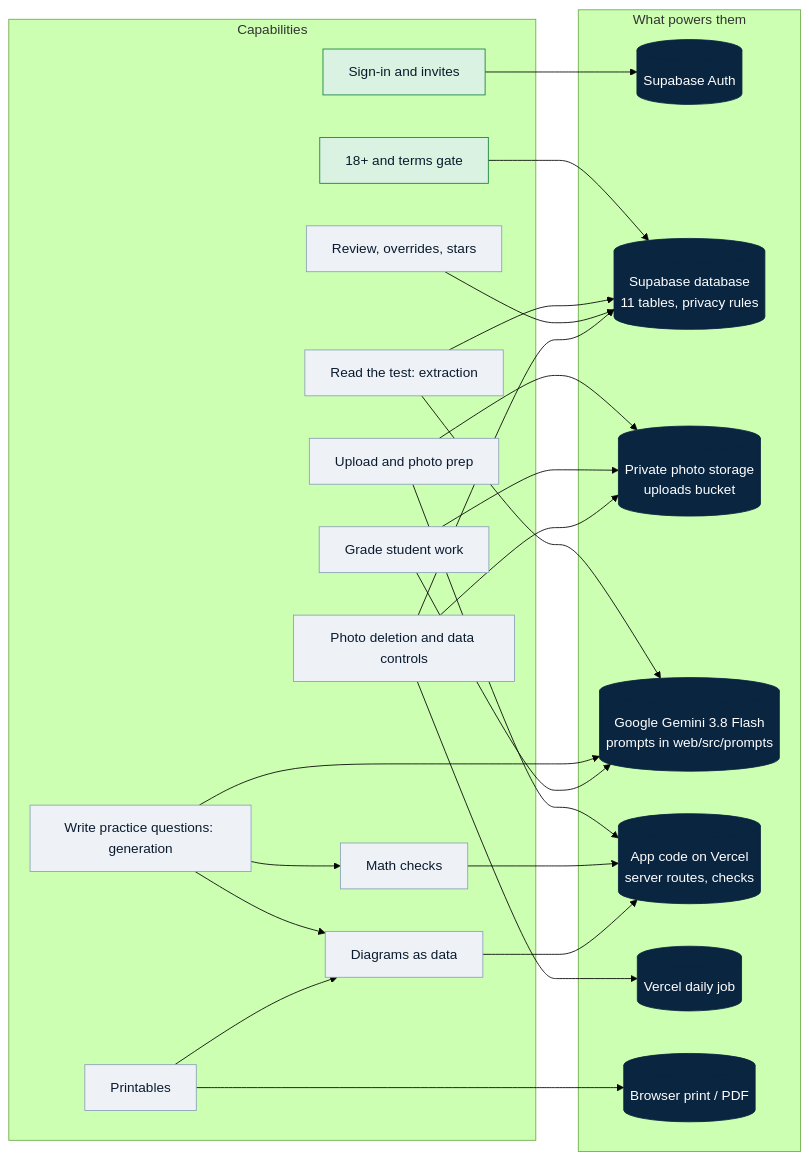
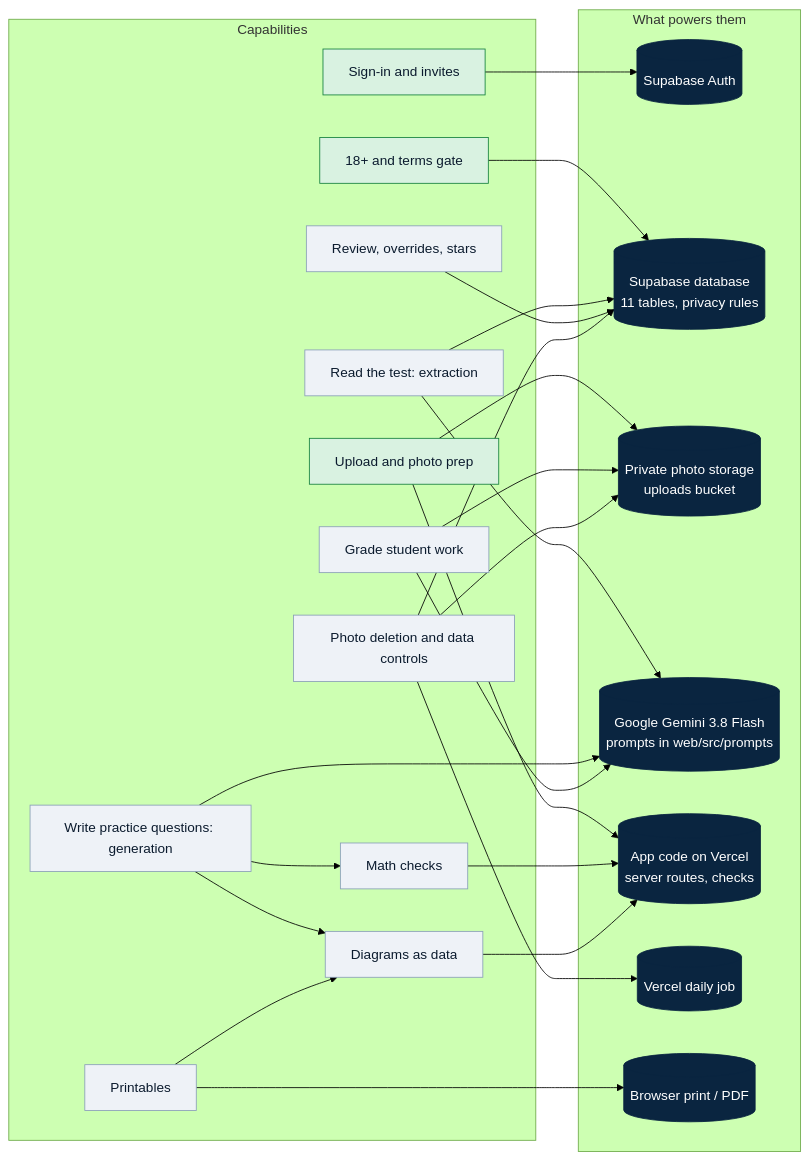
The third of 3 diagrams in docs/sitemap.md (Mr-Higgs/miro-devin-math-mission), drawn with Mermaid (forest theme) before and after one commit. The commit also changed other lines of this file and 11 other files, not shown here.

First line of the commit message:
Add upload page with in-browser photo prep; list sessions on home

````diff
--- a/docs/sitemap.md
+++ b/docs/sitemap.md
@@ -189,50 +189,50 @@
 ```mermaid
 flowchart LR
   classDef built fill:#d9f2e1,stroke:#15803d,color:#0b1b2e
   classDef planned fill:#eef2f7,stroke:#8aa0b8,color:#0b1b2e
   classDef service fill:#0a2540,stroke:#0a2540,color:#ffffff
 
   subgraph CAPS["Capabilities"]
     C1["Sign-in and invites"]:::built
     C2["18+ and terms gate"]:::built
-    C3["Upload and photo prep"]:::planned
+    C3["Upload and photo prep"]:::built
     C4["Read the test: extraction"]:::planned
     C5["Write practice questions: generation"]:::planned
     C6["Math checks"]:::planned
     C7["Diagrams as data"]:::planned
     C8["Printables"]:::planned
     C9["Grade student work"]:::planned
     C10["Review, overrides, stars"]:::planned
     C11["Photo deletion and data controls"]:::planned
   end
 
   subgraph SERVICES["What powers them"]
     AUTH[("Supabase Auth")]:::service
     DB[("Supabase database<br/>11 tables, privacy rules")]:::service
     STORE[("Private photo storage<br/>uploads bucket")]:::service
     GEMINI[("Google Gemini 3.8 Flash<br/>prompts in web/src/prompts")]:::service
     CODE[("App code on Vercel<br/>server routes, checks")]:::service
     CRON[("Vercel daily job")]:::service
     PRINT[("Browser print / PDF")]:::service
   end
 
   C1 --> AUTH
   C2 --> DB
   C3 --> STORE
   C3 --> CODE
   C4 --> GEMINI
   C4 --> DB
   C5 --> GEMINI
   C5 --> C6
   C5 --> C7
   C6 --> CODE
   C7 --> CODE
   C8 --> PRINT
   C8 --> C7
   C9 --> GEMINI
   C9 --> STORE
   C10 --> DB
   C11 --> CRON
   C11 --> STORE
   C11 --> DB
 ```
````
